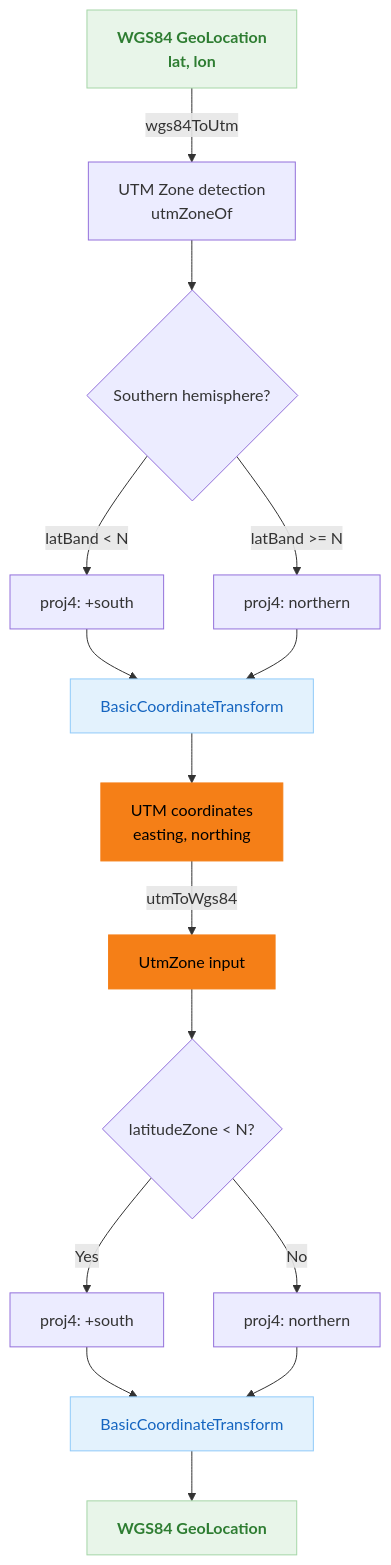
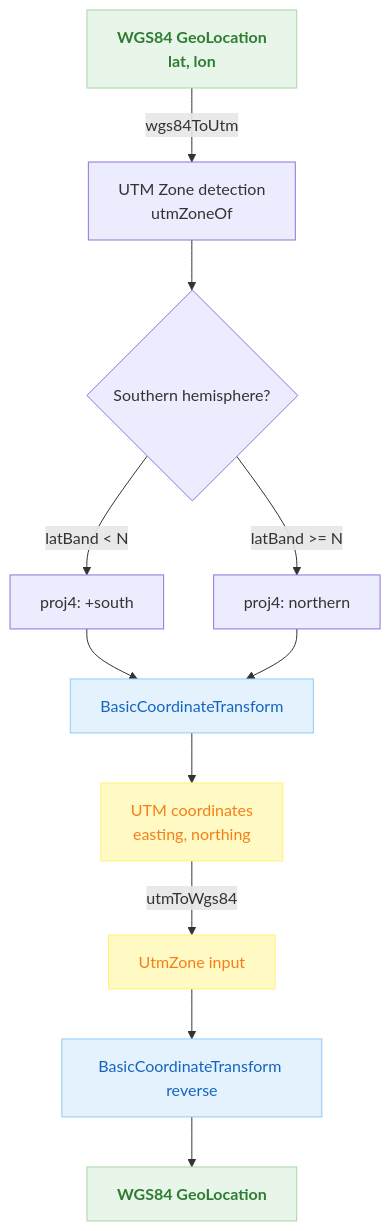
One commit to bluetape4k/bluetape4k-projects changed the second of 3 diagrams in utils/science/README.md. Above: the diagram before and after it, drawn with Mermaid. The commit also changed other lines of this file and 2 other files, not shown here.

````diff
--- a/utils/science/README.md
+++ b/utils/science/README.md
@@ -77,26 +97,21 @@
 ```mermaid
 flowchart TD
     A[WGS84 GeoLocation\nlat, lon] -->|wgs84ToUtm| B[UTM Zone detection\nutmZoneOf]
     B --> C{Southern hemisphere?}
     C -->|latBand < N| D[proj4: +south]
     C -->|latBand >= N| E[proj4: northern]
     D --> F[BasicCoordinateTransform]
     E --> F
     F --> G[UTM coordinates\neasting, northing]
-
     G -->|utmToWgs84| H[UtmZone input]
-    H --> I{latitudeZone < N?}
-    I -->|Yes| J[proj4: +south]
-    I -->|No| K[proj4: northern]
-    J --> L[BasicCoordinateTransform]
-    K --> L
-    L --> M[WGS84 GeoLocation]
+    H --> I[BasicCoordinateTransform reverse]
+    I --> J[WGS84 GeoLocation]
 
     classDef coreStyle fill:#E8F5E9,stroke:#A5D6A7,color:#2E7D32,font-weight:bold
     classDef serviceStyle fill:#E3F2FD,stroke:#90CAF9,color:#1565C0
-    classDef dataStyle fill:#F57F17,stroke:#F57F17,color:#000000
+    classDef dataStyle fill:#FFF9C4,stroke:#FFF176,color:#F57F17
 
-    class A,M coreStyle
-    class F,L serviceStyle
+    class A,J coreStyle
+    class F,I serviceStyle
     class G,H dataStyle
 ```
````
